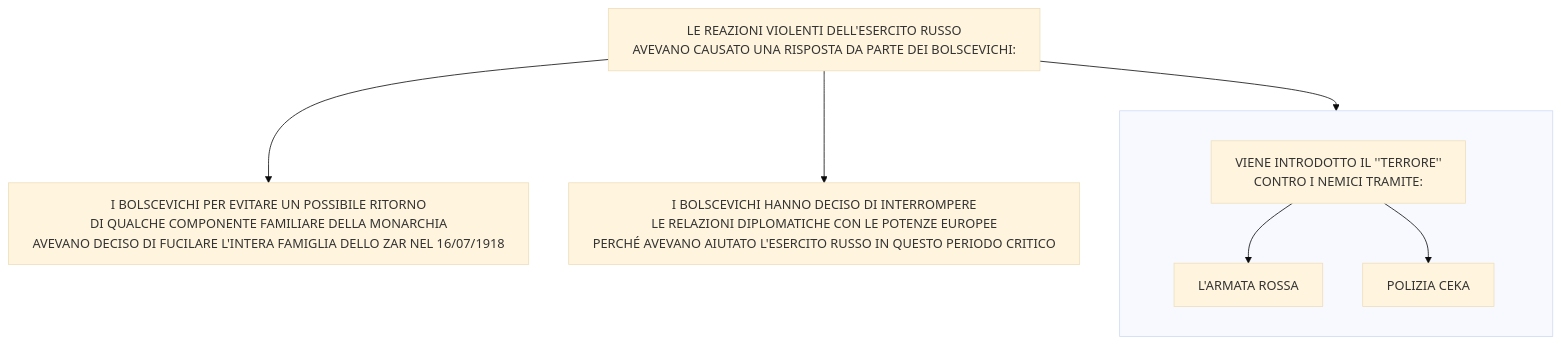
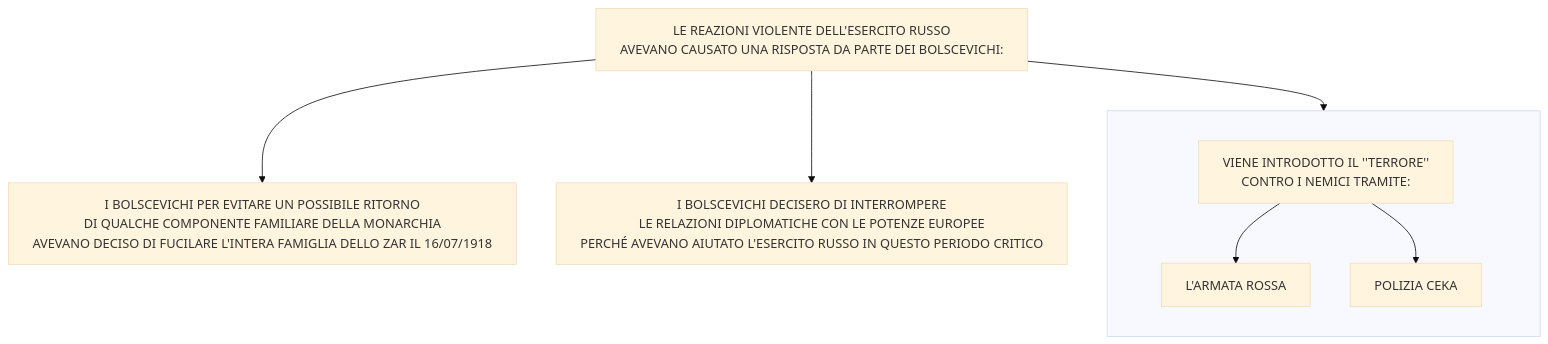
One commit to Laaouatni/ricerca-storia-MermaidJS changed the seventh of 22 diagrams in stalinismoRiscrittura.md. Above: the diagram before and after it, drawn with Mermaid (base theme). The commit also changed other lines of this file, not shown here.

````diff
--- a/stalinismoRiscrittura.md
+++ b/stalinismoRiscrittura.md
@@ -121,15 +121,15 @@
 ```mermaid
 %%{init: { "flowchart": { "wrappingWidth": 800 } }}%%
 flowchart TB
-  0[LE REAZIONI VIOLENTI DELL'ESERCITO RUSSO <br>AVEVANO CAUSATO UNA RISPOSTA DA PARTE DEI BOLSCEVICHI:]
-  1[I BOLSCEVICHI PER EVITARE UN POSSIBILE RITORNO <BR>DI QUALCHE COMPONENTE FAMILIARE DELLA MONARCHIA <BR> AVEVANO DECISO DI FUCILARE L'INTERA FAMIGLIA DELLO ZAR NEL 16/07/1918]
-  2[I BOLSCEVICHI HANNO DECISO DI INTERROMPERE <br>LE RELAZIONI DIPLOMATICHE CON LE POTENZE EUROPEE <br> PERCHÉ AVEVANO AIUTATO L'ESERCITO RUSSO IN QUESTO PERIODO CRITICO]
+  0[LE REAZIONI VIOLENTE DELL'ESERCITO RUSSO <br>AVEVANO CAUSATO UNA RISPOSTA DA PARTE DEI BOLSCEVICHI:]
+  1[I BOLSCEVICHI PER EVITARE UN POSSIBILE RITORNO <BR>DI QUALCHE COMPONENTE FAMILIARE DELLA MONARCHIA <BR> AVEVANO DECISO DI FUCILARE L'INTERA FAMIGLIA DELLO ZAR IL 16/07/1918]
+  2[I BOLSCEVICHI DECISERO DI INTERROMPERE <br>LE RELAZIONI DIPLOMATICHE CON LE POTENZE EUROPEE <br> PERCHÉ AVEVANO AIUTATO L'ESERCITO RUSSO IN QUESTO PERIODO CRITICO]
   subgraph 30[" "]
     direction TB
     3[VIENE INTRODOTTO IL ''TERRORE'' <BR> CONTRO I NEMICI TRAMITE:]
     4[L'ARMATA ROSSA]
     5[POLIZIA CEKA]
     3 --> 4 & 5
   end
   0 --> 1 & 2 & 30
 ```
````
